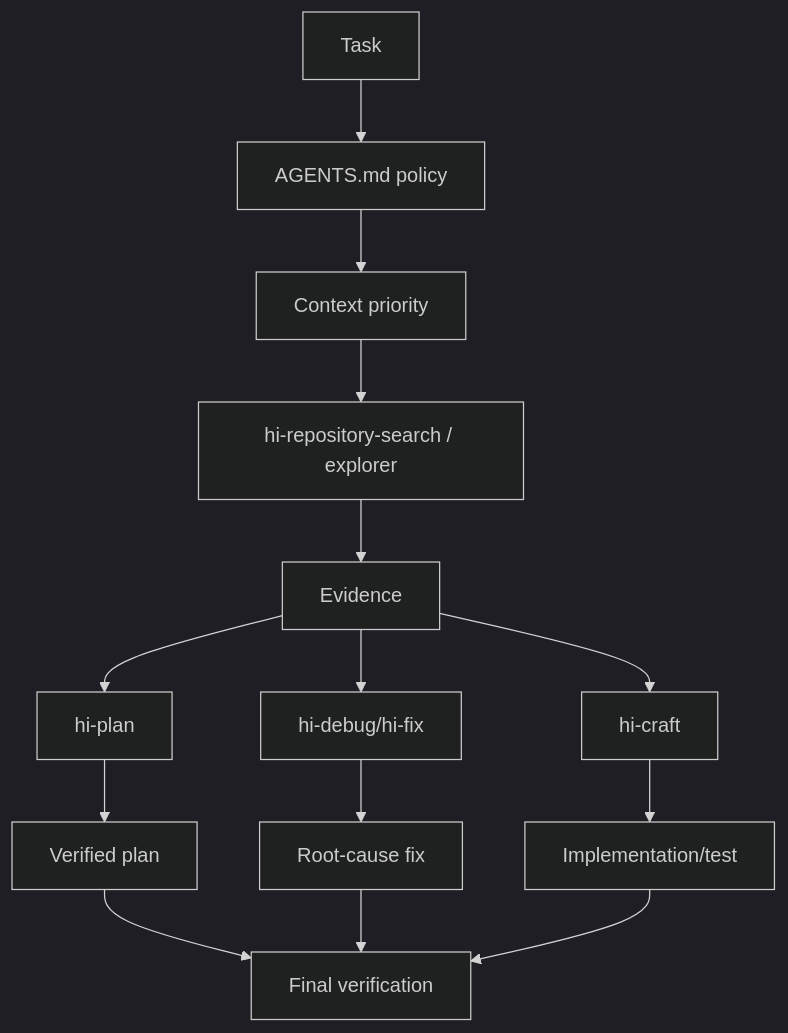
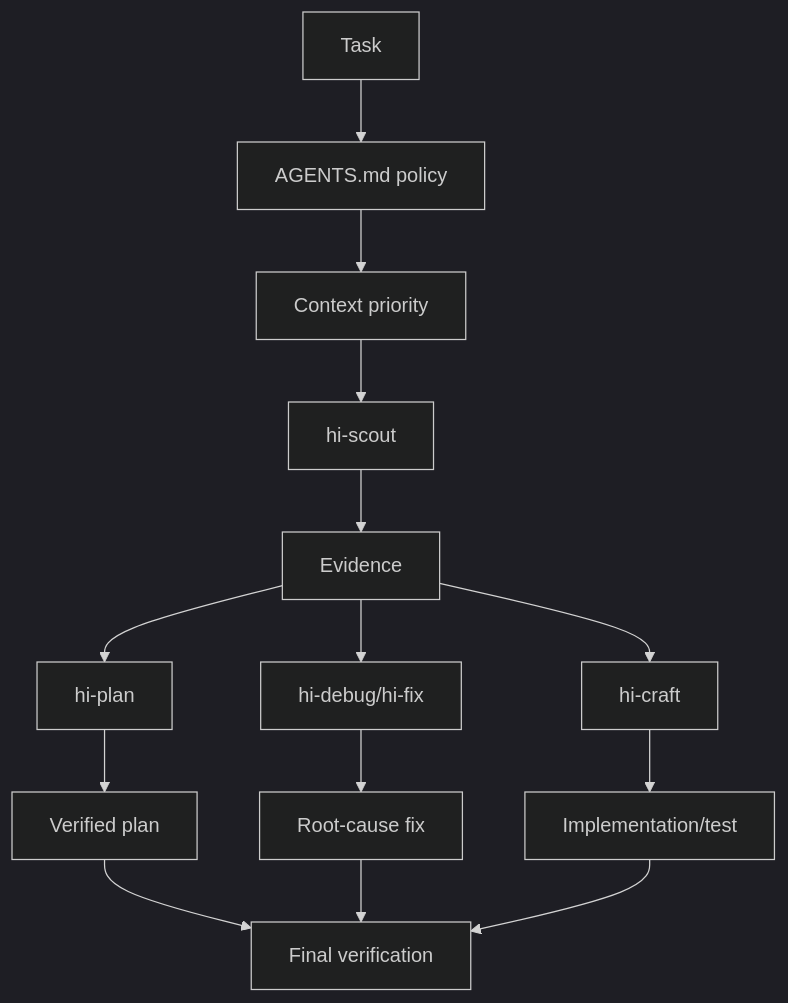
Before and after one commit to baka3k/dev-kit: the sixth of 8 diagrams in wiki/en/agents-md-guide.md, drawn with Mermaid (dark theme). The commit also changed other lines of this file and 62 other files, not shown here.

First line of the commit message:
refactor: replace hi-codebase-research-explorer with hi-scout across documentation and workflows

````diff
--- a/wiki/en/agents-md-guide.md
+++ b/wiki/en/agents-md-guide.md
@@ -393,16 +393,16 @@
 ```mermaid
 flowchart TD
     A[Task] --> B[AGENTS.md policy]
     B --> C[Context priority]
-    C --> D[hi-repository-search / explorer]
+    C --> D[hi-scout]
     D --> E[Evidence]
     E --> F[hi-plan]
     E --> G[hi-debug/hi-fix]
     E --> H[hi-craft]
     F --> I[Verified plan]
     G --> J[Root-cause fix]
     H --> K[Implementation/test]
     I --> L[Final verification]
     J --> L
     K --> L
 ```
````
